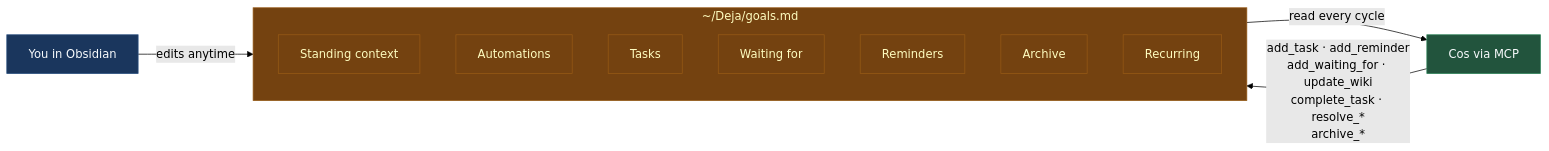
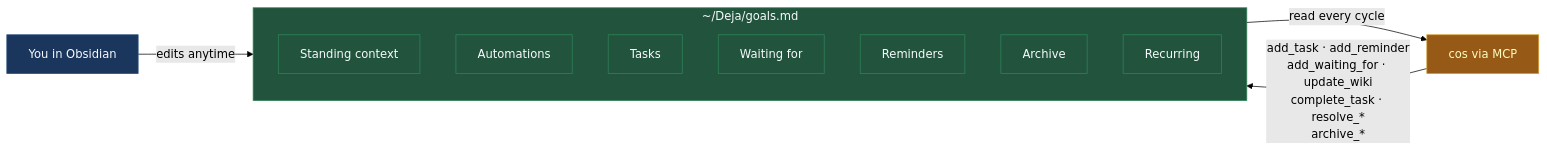
The diagram in docs-site/docs/goals-file.md (dwurtz/lighthouse), drawn with Mermaid (forest theme) before and after one commit. The commit also changed other lines of this file and 11 other files, not shown here.

````diff
--- a/docs-site/docs/goals-file.md
+++ b/docs-site/docs/goals-file.md
@@ -12,23 +12,25 @@
 ```mermaid
 flowchart LR
     subgraph GM["~/Deja/goals.md"]
         SC[Standing context]
         AM[Automations]
         TA[Tasks]
         WF[Waiting for]
         RM[Reminders]
         AR[Archive]
         RC[Recurring]
     end
 
     You[You in Obsidian] -->|edits anytime| GM
-    Cos[Cos via MCP] -->|add_task · add_reminder<br/>add_waiting_for · update_wiki<br/>complete_task · resolve_*<br/>archive_*| GM
+    Cos[cos via MCP] -->|add_task · add_reminder<br/>add_waiting_for · update_wiki<br/>complete_task · resolve_*<br/>archive_*| GM
     GM -->|read every cycle| Cos
 
-    classDef file fill:#744210,stroke:#975a16,color:#fefcbf
-    classDef person fill:#1a365d,stroke:#2c5282,color:#f7fafc
-    classDef agent fill:#22543d,stroke:#2f855a,color:#f7fafc
-    class GM,SC,AM,TA,WF,RM,AR,RC file
-    class You person
-    class Cos agent
+    classDef source  fill:#1a365d,stroke:#2c5282,color:#f7fafc
+    classDef wiki    fill:#22543d,stroke:#2f855a,color:#f7fafc
+    classDef process fill:#744210,stroke:#975a16,color:#fefcbf
+    classDef cos     fill:#975a16,stroke:#d69e2e,color:#fefcbf
+    classDef aside   fill:#3d3d3d,stroke:#555,color:#ccc
+    class GM,SC,AM,TA,WF,RM,AR,RC wiki
+    class You source
+    class Cos cos
 ```
````
